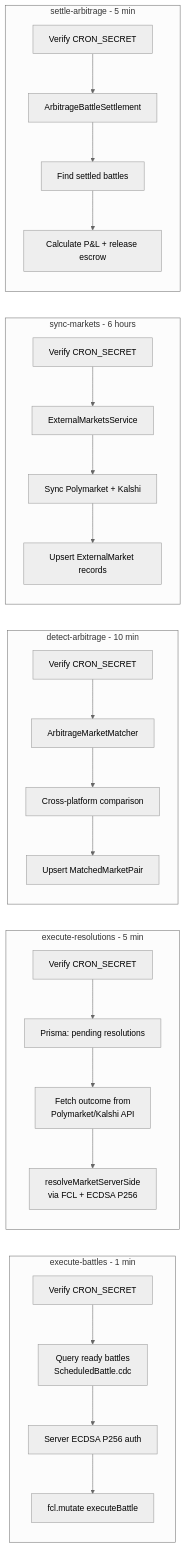
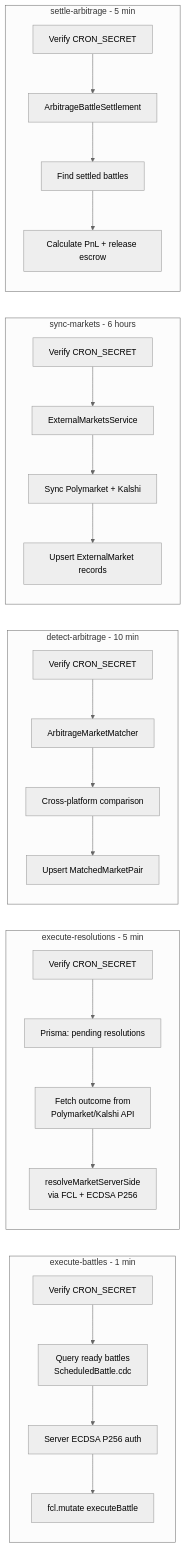
One commit to kaustubh76/WarriorsAI-rena changed the eighth of 13 diagrams in README.md. Above: the diagram before and after it, drawn with Mermaid (neutral theme). The commit also changed other lines of this file, not shown here.

First line of the commit message:
fix(docs): Escape special characters in README Mermaid diagrams

````diff
--- a/README.md
+++ b/README.md
@@ -408,32 +408,32 @@
 ```mermaid
 flowchart LR
     subgraph "execute-battles - 1 min"
         EB1[Verify CRON_SECRET] --> EB2[Query ready battles<br/>ScheduledBattle.cdc]
         EB2 --> EB3[Server ECDSA P256 auth]
         EB3 --> EB4[fcl.mutate executeBattle]
     end
 
     subgraph "execute-resolutions - 5 min"
         ER1[Verify CRON_SECRET] --> ER2[Prisma: pending resolutions]
         ER2 --> ER3[Fetch outcome from<br/>Polymarket/Kalshi API]
         ER3 --> ER4[resolveMarketServerSide<br/>via FCL + ECDSA P256]
     end
 
     subgraph "detect-arbitrage - 10 min"
         DA1[Verify CRON_SECRET] --> DA2[ArbitrageMarketMatcher]
         DA2 --> DA3[Cross-platform comparison]
         DA3 --> DA4[Upsert MatchedMarketPair]
     end
 
     subgraph "sync-markets - 6 hours"
         SM1[Verify CRON_SECRET] --> SM2[ExternalMarketsService]
         SM2 --> SM3[Sync Polymarket + Kalshi]
         SM3 --> SM4[Upsert ExternalMarket records]
     end
 
     subgraph "settle-arbitrage - 5 min"
         SA1[Verify CRON_SECRET] --> SA2[ArbitrageBattleSettlement]
         SA2 --> SA3[Find settled battles]
-        SA3 --> SA4[Calculate P&L + release escrow]
+        SA3 --> SA4["Calculate PnL + release escrow"]
     end
 ```
````
